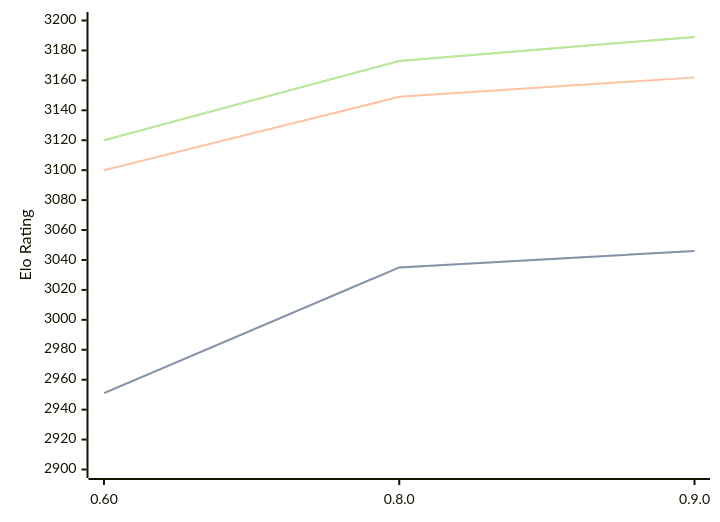
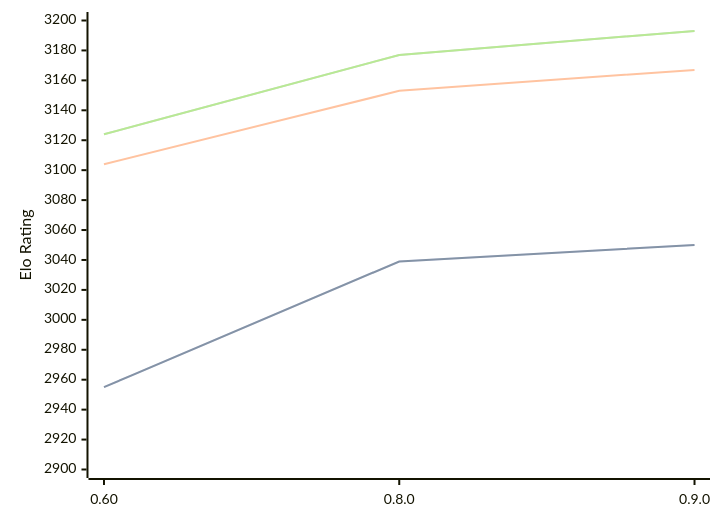
Before and after one commit to computer-chess-index/cci: the diagram in engines/Motor.md, drawn with Mermaid. The commit also changed other lines of this file, not shown here.

Commit message:
Update CCI Ratings (ELO VLTC) - 2026-02-24

````diff
--- a/engines/Motor.md
+++ b/engines/Motor.md
@@ -36,11 +36,11 @@
 ```mermaid
 %%{init: {"theme":"base","themeVariables":{"seriesColors:['#a3a3a3','#222221','#faa371']}}}%%
 xychart-beta
   x-axis ["0.60", "0.8.0", "0.9.0"]
   y-axis "Elo Rating" 2900 --> 3200
-  line "STC (8.0+0.08s)" [2951, 3035, 3046]
-  line "STC (8.0+0.08s)" [2951, 3035, 3046]
-  line "LTC (60.0+0.60s)" [3100, 3149, 3162]
-  line "VLTC (2m24s+1.12s)" [3120, 3173, 3189]
-  line "VLTC (2m24s+1.12s)" [3120, 3173, 3189]
+  line "STC (8.0+0.08s)" [2955, 3039, 3050]
+  line "STC (8.0+0.08s)" [2955, 3039, 3050]
+  line "LTC (60.0+0.60s)" [3104, 3153, 3167]
+  line "VLTC (2m24s+1.12s)" [3124, 3177, 3193]
+  line "VLTC (2m24s+1.12s)" [3124, 3177, 3193]
 ```
````
